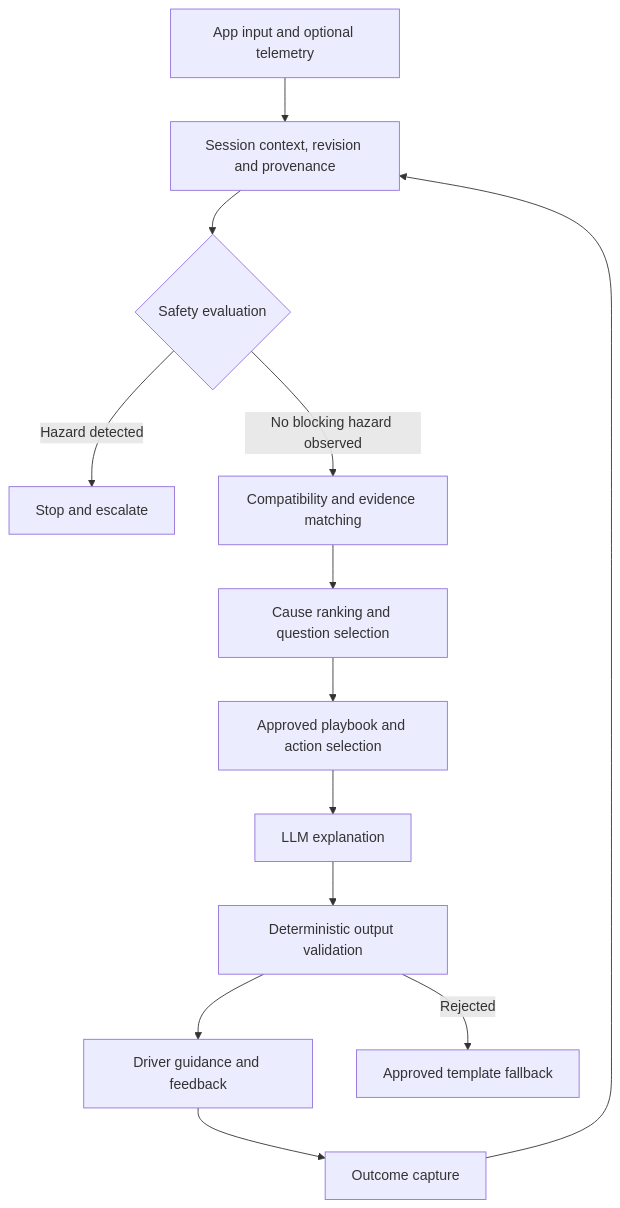
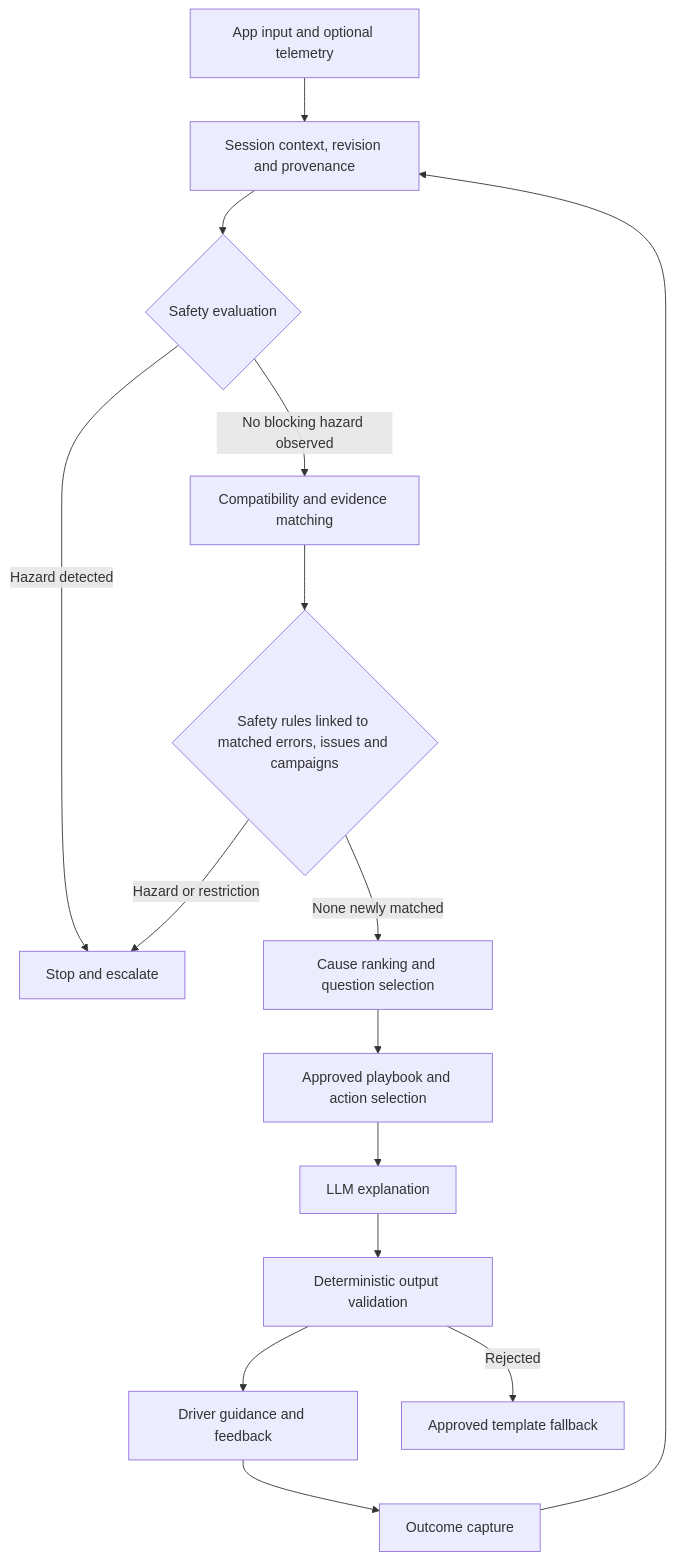
The diagram in projects/fuelbuddy/charging-diagnostic/spec.md (daelomin/multi-ai-workspace), drawn with Mermaid before and after one commit. The commit also changed other lines of this file and 3 other files, not shown here.

````diff
--- a/projects/fuelbuddy/charging-diagnostic/spec.md
+++ b/projects/fuelbuddy/charging-diagnostic/spec.md
@@ -38,15 +38,17 @@
 ```mermaid
 flowchart TD
     A[App input and optional telemetry] --> B[Session context, revision and provenance]
     B --> C{Safety evaluation}
     C -->|Hazard detected| D[Stop and escalate]
     C -->|No blocking hazard observed| E[Compatibility and evidence matching]
-    E --> F[Cause ranking and question selection]
+    E --> E2{Safety rules linked to matched errors, issues and campaigns}
+    E2 -->|Hazard or restriction| D
+    E2 -->|None newly matched| F[Cause ranking and question selection]
     F --> G[Approved playbook and action selection]
     G --> H[LLM explanation]
     H --> I[Deterministic output validation]
     I --> J[Driver guidance and feedback]
     I -->|Rejected| K[Approved template fallback]
     J --> L[Outcome capture]
     L --> B
 ```
````
